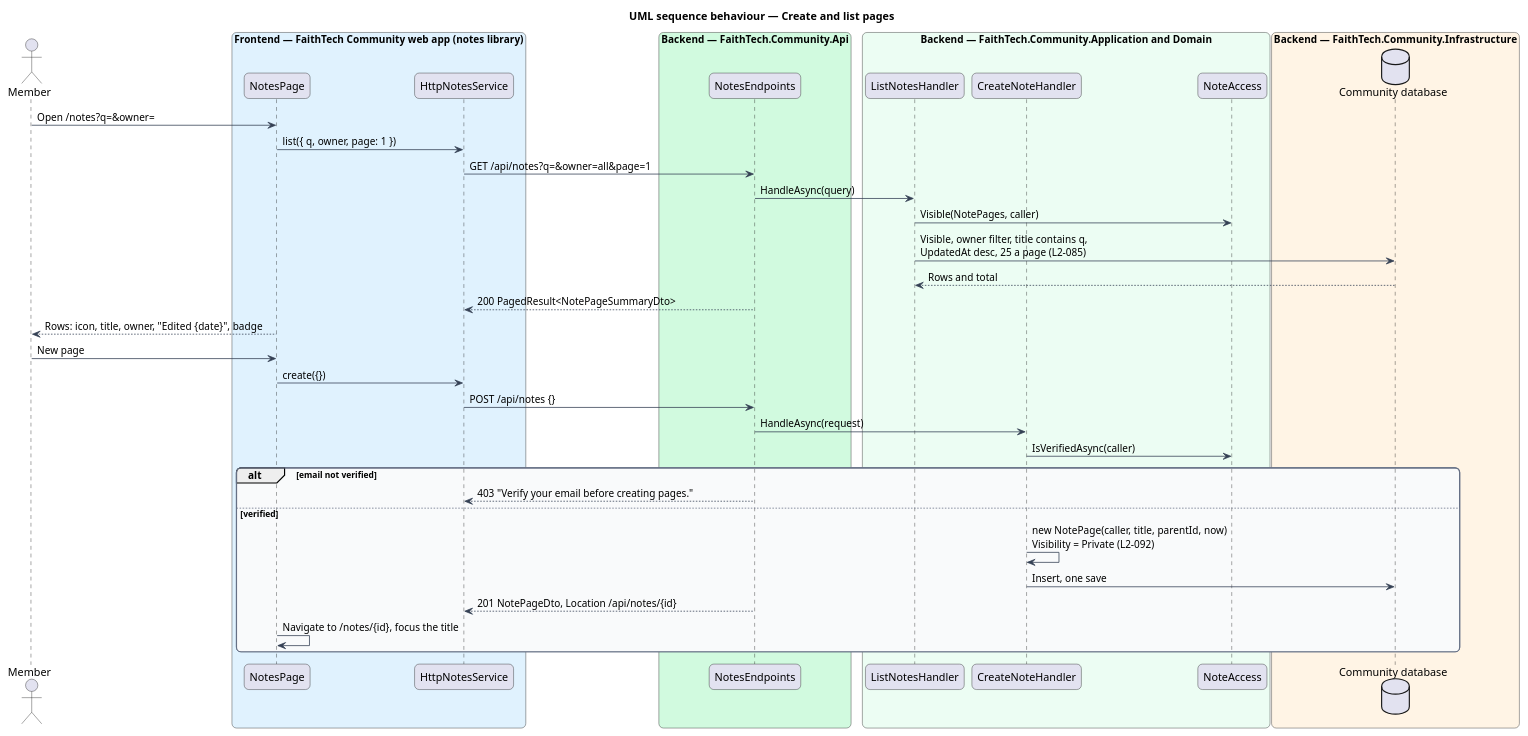
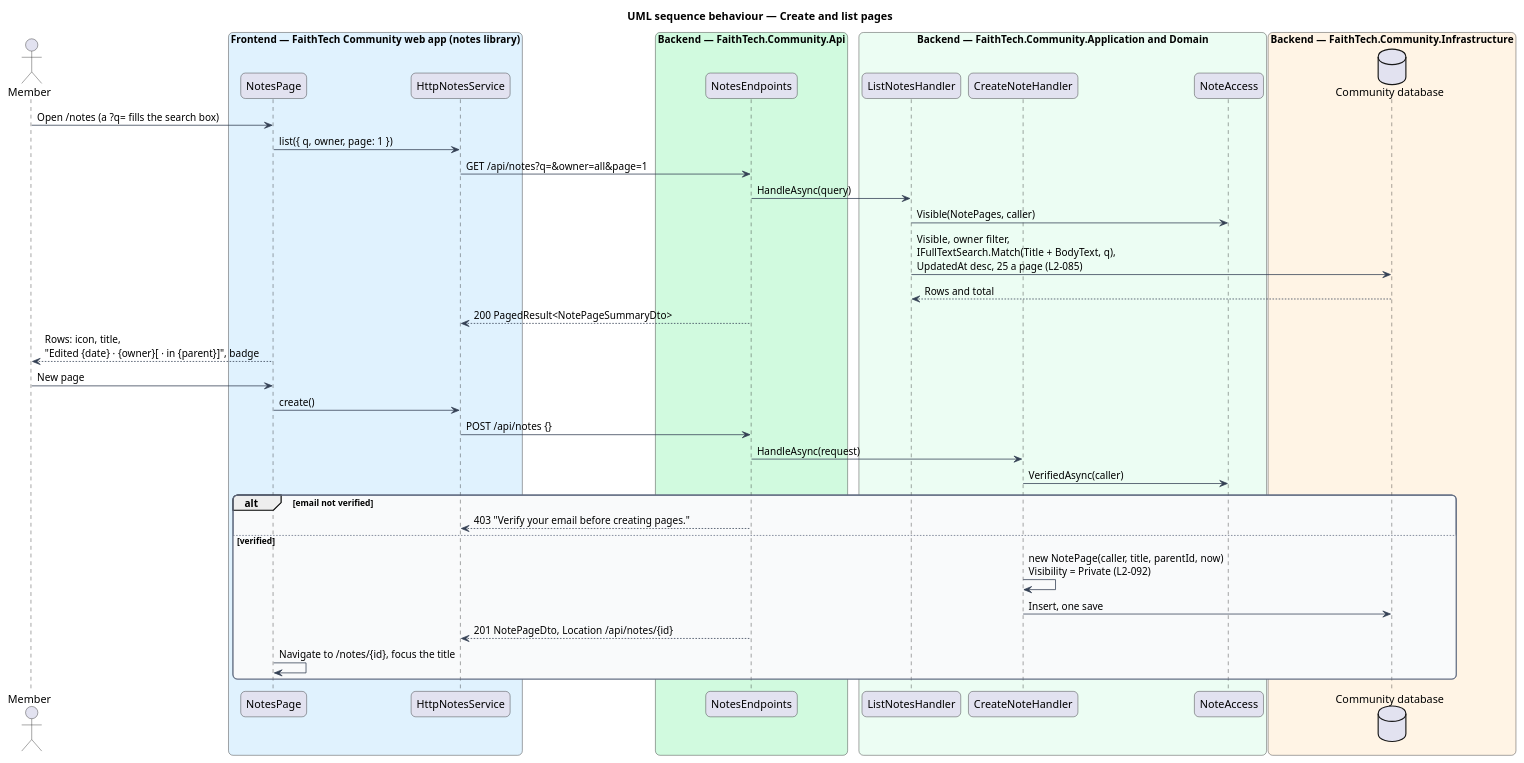
One commit to QuinntyneBrown/faithtech-community changed the diagram in docs/detailed-designs/notes/pages-and-list/diagrams/sequence-create-and-list.puml. Above: the diagram before and after it, drawn with PlantUML. The commit also changed 230 other files, not shown here.

```diff
--- a/docs/detailed-designs/notes/pages-and-list/diagrams/sequence-create-and-list.puml
+++ b/docs/detailed-designs/notes/pages-and-list/diagrams/sequence-create-and-list.puml
@@ -1,55 +1,55 @@
 @startuml
 title UML sequence behaviour — Create and list pages
 skinparam backgroundColor #FFFFFF
 skinparam shadowing false
 skinparam roundcorner 12
 skinparam defaultFontName Arial
 skinparam ArrowColor #344054
 skinparam rectangle {
   BorderColor #344054
   FontColor #101828
 }
 skinparam package {
   BorderColor #667085
   FontColor #101828
   BackgroundColor #F9FAFB
 }
 actor "Member" as actor
 box "Frontend — FaithTech Community web app (notes library)" #E0F2FE
   participant "NotesPage" as page
   participant "HttpNotesService" as svc
 end box
 box "Backend — FaithTech.Community.Api" #D1FADF
   participant "NotesEndpoints" as ep
 end box
 box "Backend — FaithTech.Community.Application and Domain" #ECFDF3
   participant "ListNotesHandler" as lh
   participant "CreateNoteHandler" as ch
   participant "NoteAccess" as acc
 end box
 box "Backend — FaithTech.Community.Infrastructure" #FFF4E5
   database "Community database" as db
 end box
-actor -> page : Open /notes?q=&owner=
+actor -> page : Open /notes (a ?q= fills the search box)
 page -> svc : list({ q, owner, page: 1 })
 svc -> ep : GET /api/notes?q=&owner=all&page=1
 ep -> lh : HandleAsync(query)
 lh -> acc : Visible(NotePages, caller)
-lh -> db : Visible, owner filter, title contains q,\nUpdatedAt desc, 25 a page (L2-085)
+lh -> db : Visible, owner filter,\nIFullTextSearch.Match(Title + BodyText, q),\nUpdatedAt desc, 25 a page (L2-085)
 db --> lh : Rows and total
 ep --> svc : 200 PagedResult<NotePageSummaryDto>
-page --> actor : Rows: icon, title, owner, "Edited {date}", badge
+page --> actor : Rows: icon, title,\n"Edited {date} · {owner}[ · in {parent}]", badge
 actor -> page : New page
-page -> svc : create({})
+page -> svc : create()
 svc -> ep : POST /api/notes {}
 ep -> ch : HandleAsync(request)
-ch -> acc : IsVerifiedAsync(caller)
+ch -> acc : VerifiedAsync(caller)
 alt email not verified
   ep --> svc : 403 "Verify your email before creating pages."
 else verified
   ch -> ch : new NotePage(caller, title, parentId, now)\nVisibility = Private (L2-092)
   ch -> db : Insert, one save
   ep --> svc : 201 NotePageDto, Location /api/notes/{id}
   page -> page : Navigate to /notes/{id}, focus the title
 end
 @enduml
```
